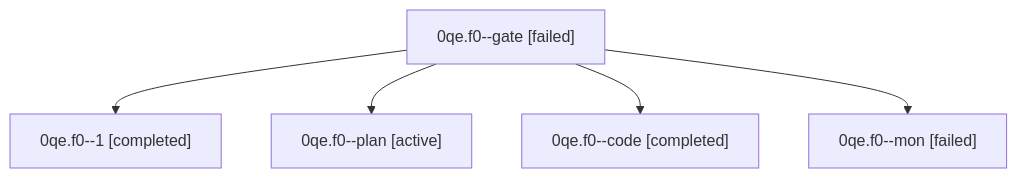
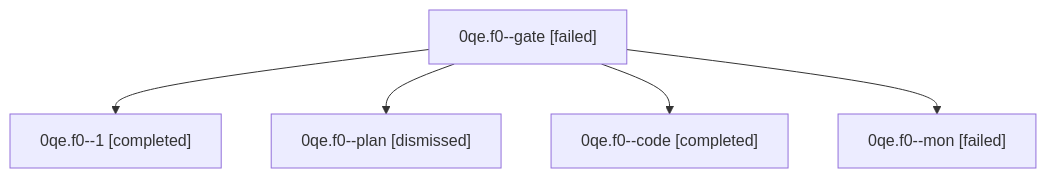
One commit to sase-org/sase--agents changed the diagram in sessions/bbugyi200.athena.0qe.f0.md. Above: the diagram before and after it, drawn with Mermaid. The commit also changed other lines of this file and 29 other files, not shown here.

````diff
--- a/sessions/bbugyi200.athena.0qe.f0.md
+++ b/sessions/bbugyi200.athena.0qe.f0.md
@@ -9,12 +9,12 @@
 ```mermaid
 flowchart TD
   n0["0qe.f0--gate [failed]"]
   n1["0qe.f0--1 [completed]"]
   n0 --> n1
-  n2["0qe.f0--plan [active]"]
+  n2["0qe.f0--plan [dismissed]"]
   n0 --> n2
   n3["0qe.f0--code [completed]"]
   n0 --> n3
   n4["0qe.f0--mon [failed]"]
   n0 --> n4
 ```
````
